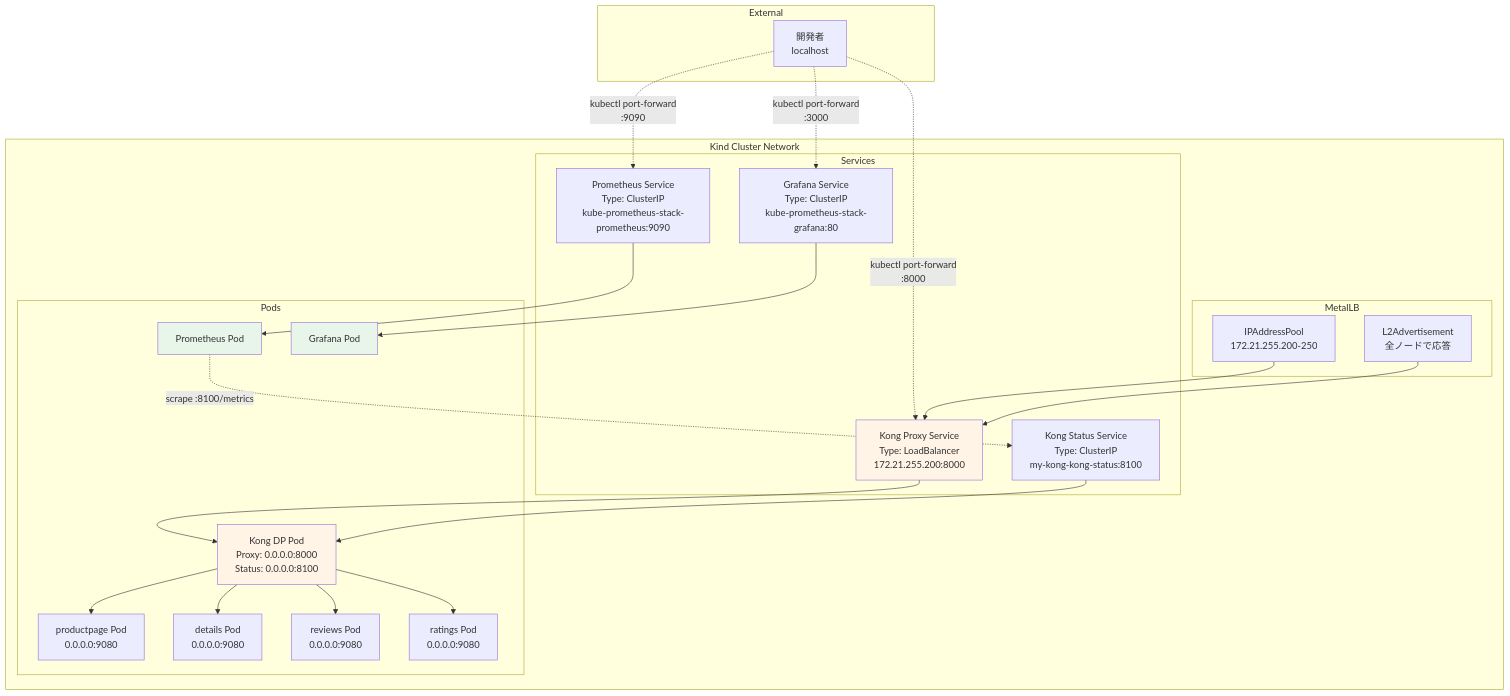
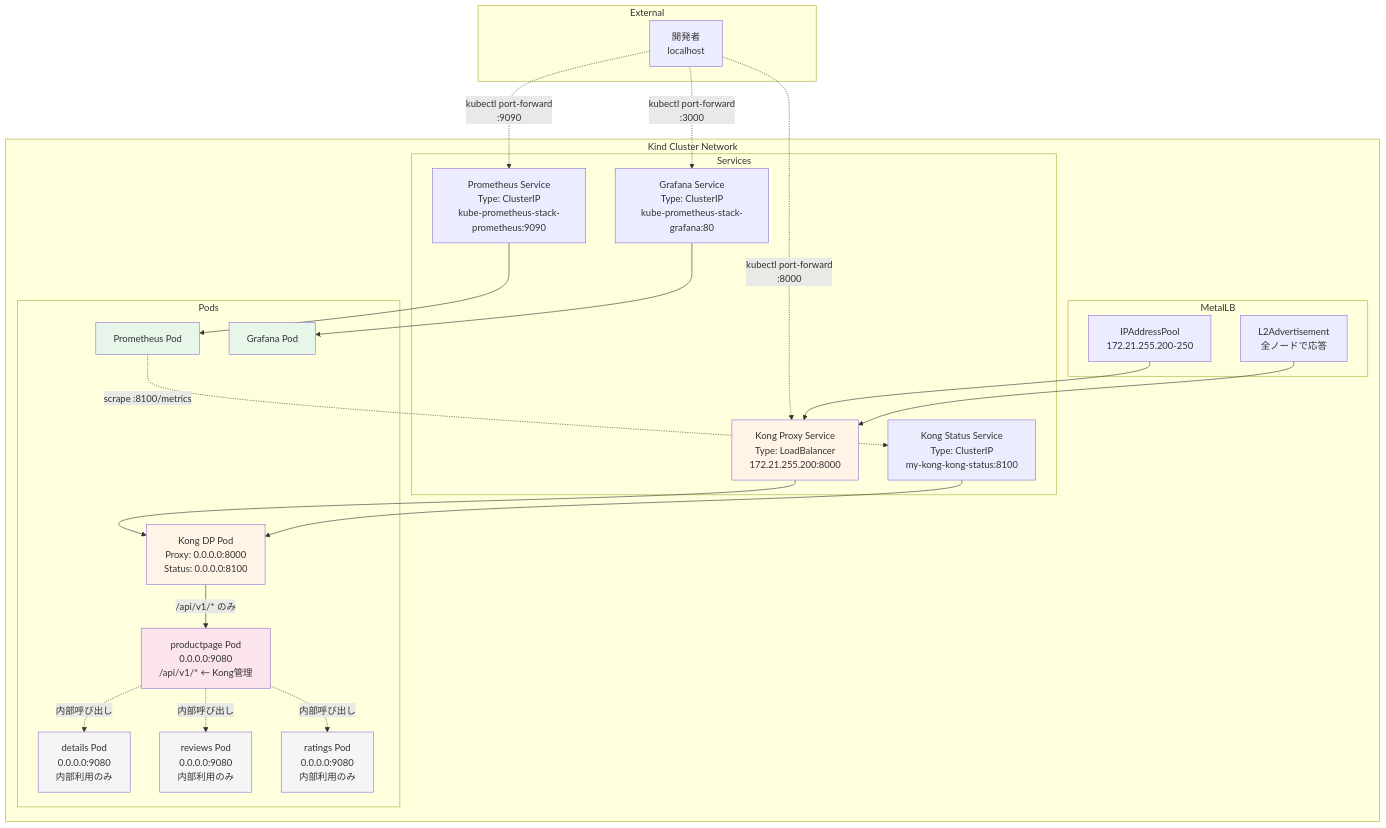
One commit to ftuajii/kong-work changed the sixth of 6 diagrams in ARCHITECTURE.md. Above: the diagram before and after it, drawn with Mermaid. The commit also changed other lines of this file and 2 other files, not shown here.

Commit message:
ARCHITECTURE.mdとREADME.mdを更新し、Kongが管理するエンドポイントの明確化とテストリクエストスクリプトの修正を行いました。send-test-requests.shでは、成功リクエストの数を調整し、詳細エンドポイントへのリクエストを削除しました。

````diff
--- a/ARCHITECTURE.md
+++ b/ARCHITECTURE.md
@@ -213,54 +211,58 @@
 ```mermaid
 graph TB
     subgraph "External"
         Dev[開発者<br/>localhost]
     end
 
     subgraph "Kind Cluster Network"
         subgraph "Services"
             KongProxy[Kong Proxy Service<br/>Type: LoadBalancer<br/>172.21.255.200:8000]
             KongStatus[Kong Status Service<br/>Type: ClusterIP<br/>my-kong-kong-status:8100]
             GrafanaSvc[Grafana Service<br/>Type: ClusterIP<br/>kube-prometheus-stack-grafana:80]
             PromSvc[Prometheus Service<br/>Type: ClusterIP<br/>kube-prometheus-stack-prometheus:9090]
         end
 
         subgraph "Pods"
             KongPod[Kong DP Pod<br/>Proxy: 0.0.0.0:8000<br/>Status: 0.0.0.0:8100]
-            ProductPod[productpage Pod<br/>0.0.0.0:9080]
-            DetailsPod[details Pod<br/>0.0.0.0:9080]
-            ReviewsPod[reviews Pod<br/>0.0.0.0:9080]
-            RatingsPod[ratings Pod<br/>0.0.0.0:9080]
+            ProductPod[productpage Pod<br/>0.0.0.0:9080<br/>/api/v1/* ← Kong管理]
+            DetailsPod[details Pod<br/>0.0.0.0:9080<br/>内部利用のみ]
+            ReviewsPod[reviews Pod<br/>0.0.0.0:9080<br/>内部利用のみ]
+            RatingsPod[ratings Pod<br/>0.0.0.0:9080<br/>内部利用のみ]
             PromPod[Prometheus Pod]
             GrafanaPod[Grafana Pod]
         end
 
         subgraph "MetalLB"
             IPPool[IPAddressPool<br/>172.21.255.200-250]
             L2Ad[L2Advertisement<br/>全ノードで応答]
         end
     end
 
     Dev -.kubectl port-forward<br/>:8000.-> KongProxy
     Dev -.kubectl port-forward<br/>:3000.-> GrafanaSvc
     Dev -.kubectl port-forward<br/>:9090.-> PromSvc
 
     KongProxy --> KongPod
     KongStatus --> KongPod
     GrafanaSvc --> GrafanaPod
     PromSvc --> PromPod
 
-    KongPod --> ProductPod
-    KongPod --> DetailsPod
-    KongPod --> ReviewsPod
-    KongPod --> RatingsPod
+    KongPod -->|/api/v1/* のみ| ProductPod
+    ProductPod -.内部呼び出し.-> ReviewsPod
+    ProductPod -.内部呼び出し.-> RatingsPod
+    ProductPod -.内部呼び出し.-> DetailsPod
 
     IPPool --> KongProxy
     L2Ad --> KongProxy
 
     PromPod -.scrape :8100/metrics.-> KongStatus
 
     style KongProxy fill:#fff4e6
     style KongPod fill:#fff4e6
+    style ProductPod fill:#fce4ec
+    style DetailsPod fill:#f5f5f5
+    style ReviewsPod fill:#f5f5f5
+    style RatingsPod fill:#f5f5f5
     style PromPod fill:#e8f5e9
     style GrafanaPod fill:#e8f5e9
 ```
````
